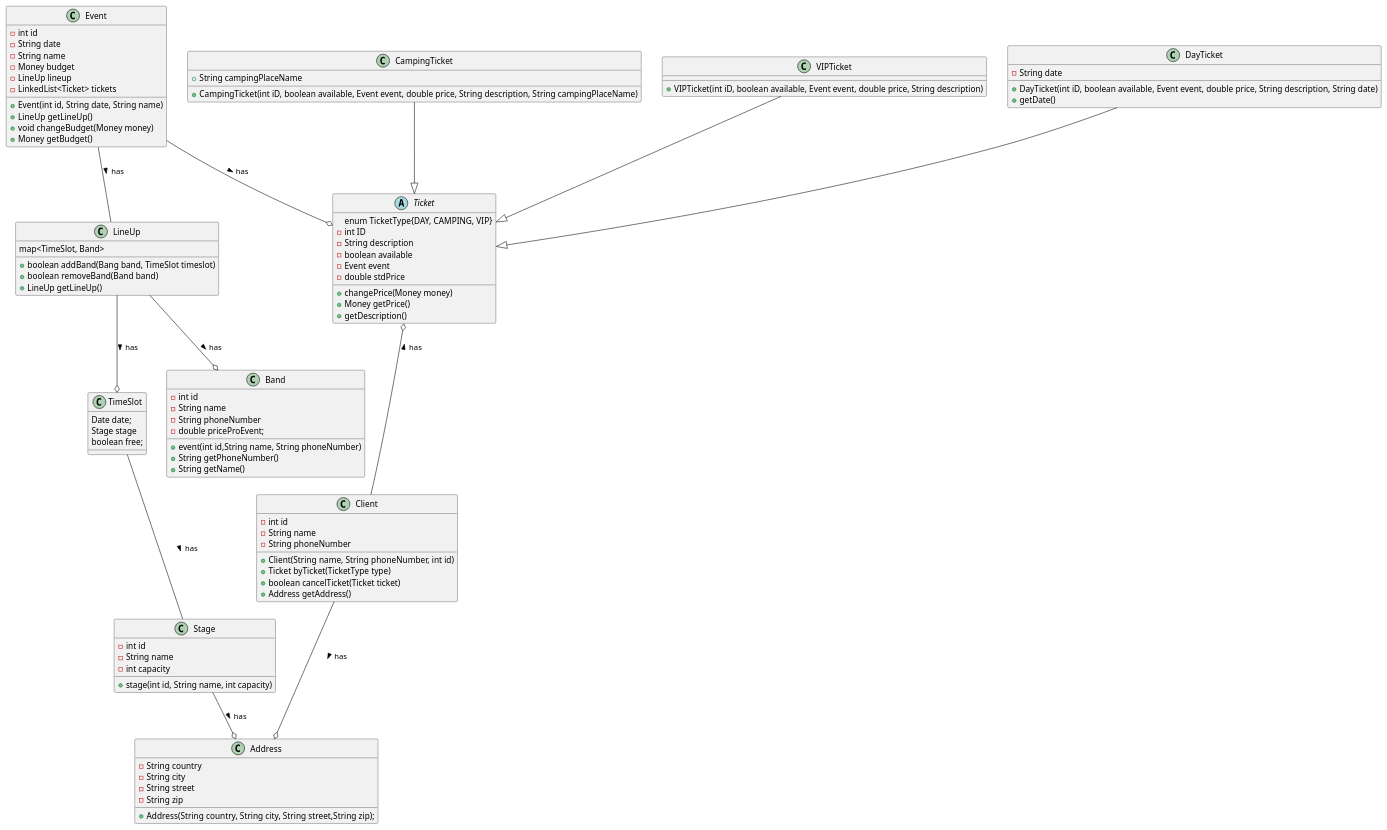
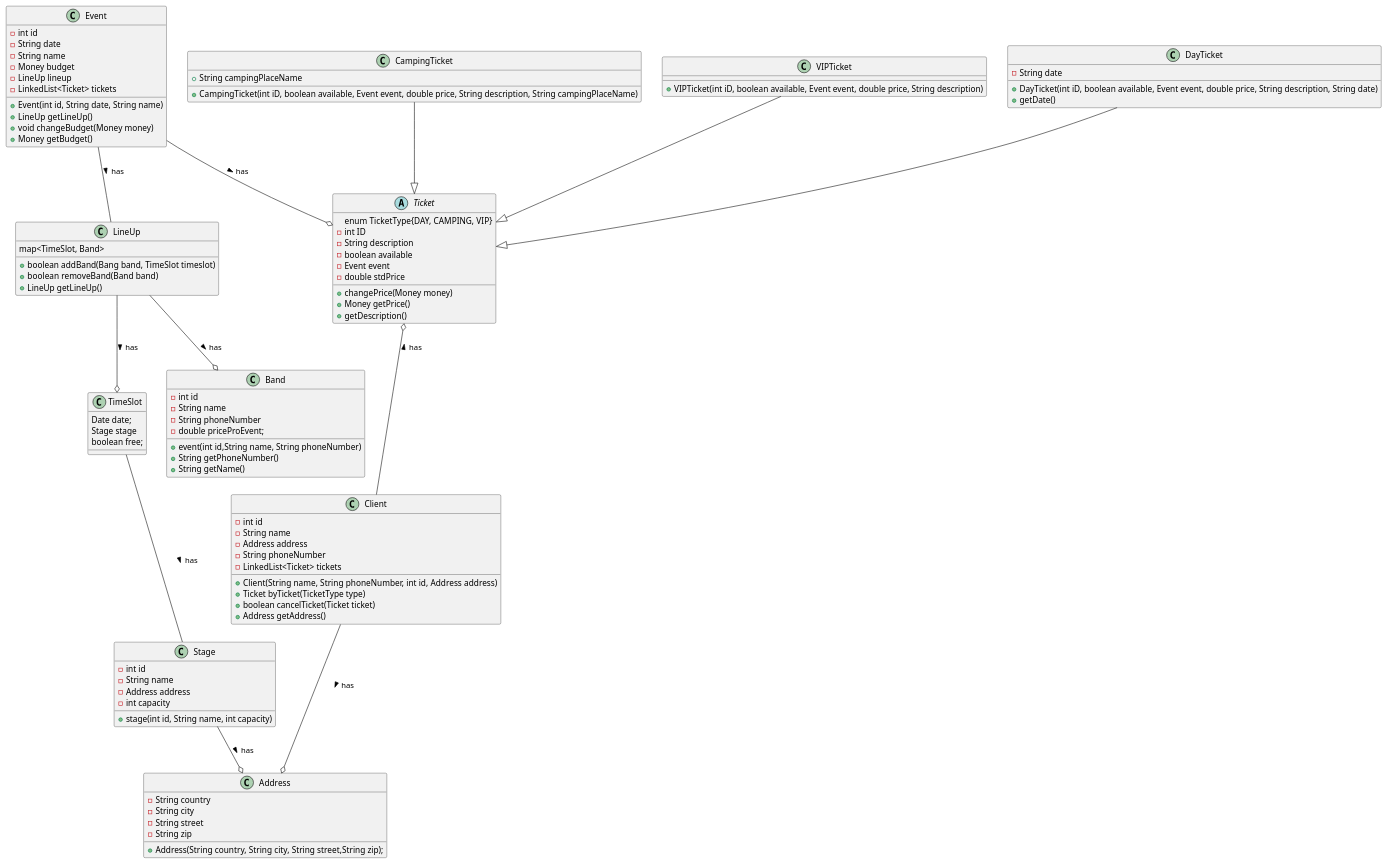
Before and after one commit to fh-erfurt/bord-festival: the diagram in classDiagram.iuml, drawn with PlantUML.

Commit message:
" classDiagram.iuml changed"

```diff
--- a/classDiagram.iuml
+++ b/classDiagram.iuml
@@ -1,93 +1,96 @@
 @startuml
 Event --o Ticket : > has
 Event -- LineUp : > has
 Ticket o-- Client : < has
 CampingTicket --|> Ticket
 VIPTicket --|> Ticket
 DayTicket --|> Ticket
 Stage --o Address : > has
 Client --o Address : > has
 TimeSlot -- Stage : > has
 LineUp --o TimeSlot : > has
 LineUp --o Band : > has
 
 
 class Client{
 -int id
 -String name
+-Address address
 -String phoneNumber
-+Client(String name, String phoneNumber, int id)
+-LinkedList<Ticket> tickets
++Client(String name, String phoneNumber, int id, Address address)
 +Ticket byTicket(TicketType type)
 +boolean cancelTicket(Ticket ticket)
 +Address getAddress()
 }
 abstract class Ticket{
 enum TicketType{DAY, CAMPING, VIP}
 -int ID
 -String description
 -boolean available
 -Event event
 -double stdPrice
 +changePrice(Money money)
 +Money getPrice()
 +getDescription()
 }
 
 class Event{
 -int id
 -String date
 -String name
 -Money budget
 -LineUp lineup
 -LinkedList<Ticket> tickets
 +Event(int id, String date, String name)
 +LineUp getLineUp()
 +void changeBudget(Money money)
 +Money getBudget()
 }
 class Band{
 -int id
 -String name
 -String phoneNumber
 -double priceProEvent;
 +event(int id,String name, String phoneNumber)
 +String getPhoneNumber()
 +String getName()
 }
 class Stage{
 -int id
 -String name
+-Address address
 -int capacity
 +stage(int id, String name, int capacity)
 }
 class Address{
 -String country
 -String city
 -String street
 -String zip
 +Address(String country, String city, String street,String zip);
 }
 class DayTicket{
 -String date
 +DayTicket(int iD, boolean available, Event event, double price, String description, String date)
 +getDate()
 }
 class CampingTicket{
 +String campingPlaceName
 +CampingTicket(int iD, boolean available, Event event, double price, String description, String campingPlaceName)
 }
 class VIPTicket{
 +VIPTicket(int iD, boolean available, Event event, double price, String description)
 }
 class LineUp{
 map<TimeSlot, Band>
 +boolean addBand(Bang band, TimeSlot timeslot)
 +boolean removeBand(Band band)
 +LineUp getLineUp()
 }
 class TimeSlot{
 Date date;
 Stage stage
 boolean free;
 }
 @enduml
```
